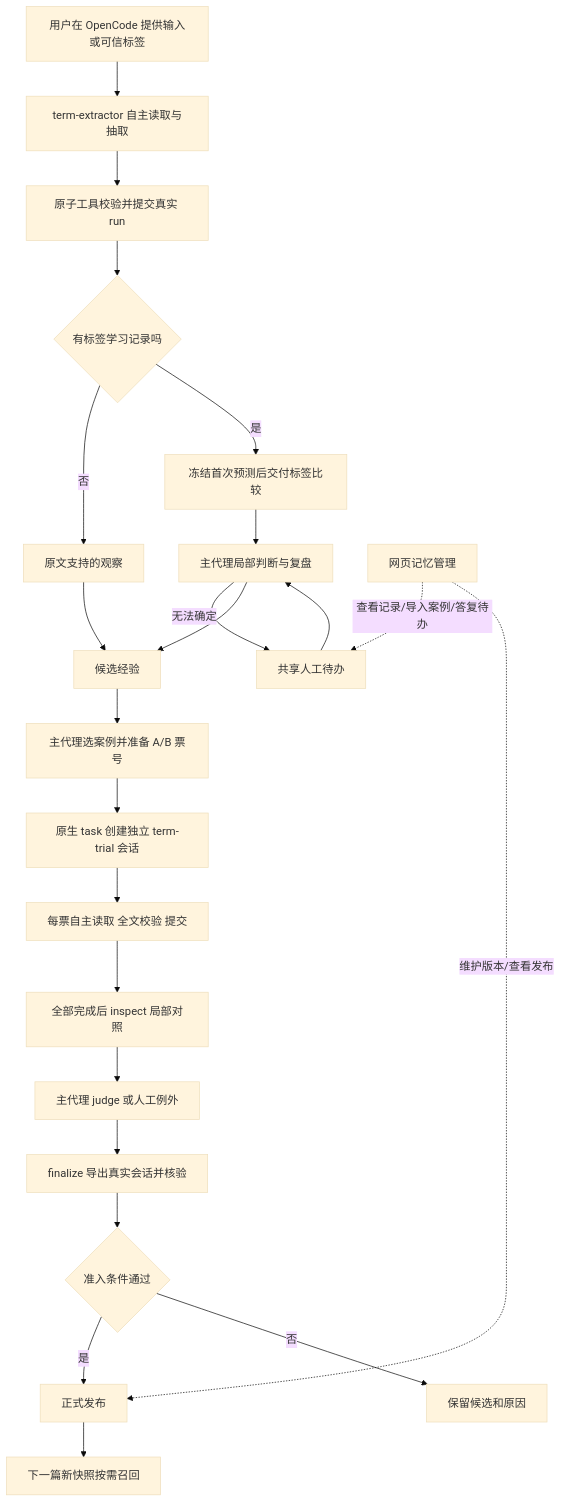
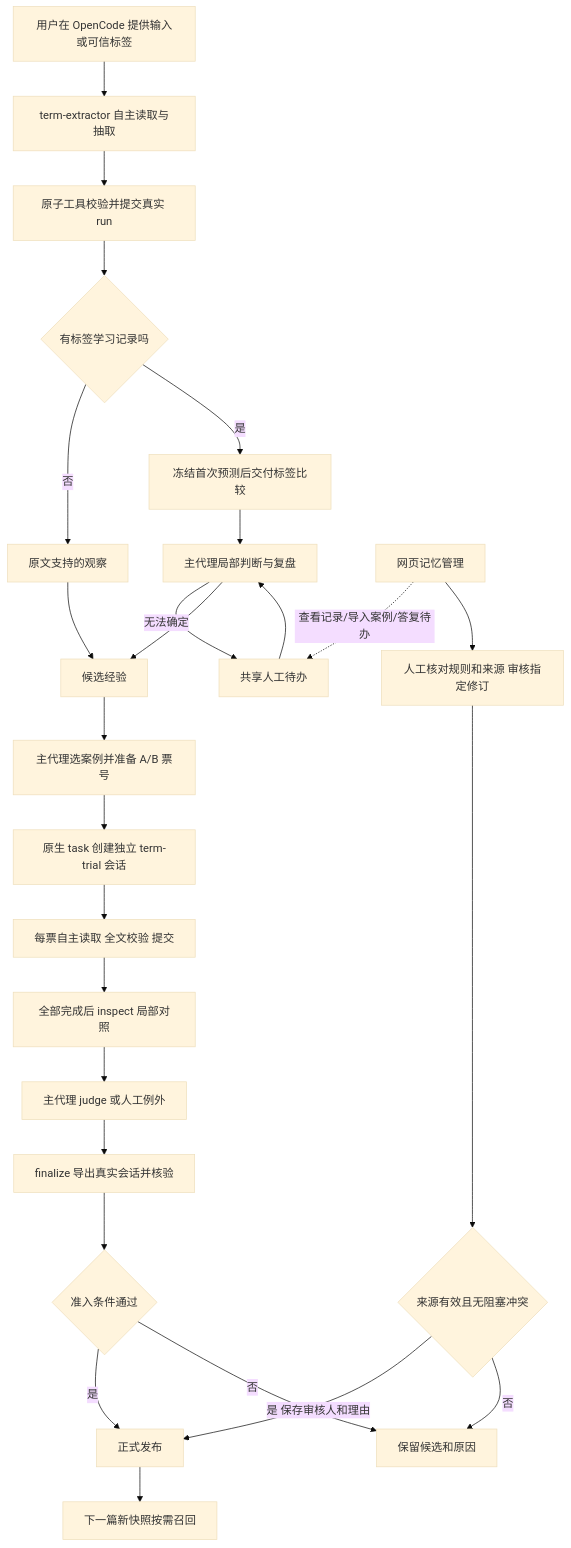
One commit to zza1211/extract_skill_1015 changed the diagram in docs/learning-evolution.md. Above: the diagram before and after it, drawn with Mermaid (base theme). The commit also changed other lines of this file and 21 other files, not shown here.

````diff
--- a/docs/learning-evolution.md
+++ b/docs/learning-evolution.md
@@ -41,25 +41,28 @@
 ```mermaid
 flowchart TD
     A[用户在 OpenCode 提供输入或可信标签] --> B[term-extractor 自主读取与抽取]
     B --> C[原子工具校验并提交真实 run]
     C --> D{有标签学习记录吗}
     D -->|否| E[原文支持的观察]
     D -->|是| F[冻结首次预测后交付标签比较]
     F --> G[主代理局部判断与复盘]
     G -->|无法确定| H[共享人工待办]
     H --> G
     E --> I[候选经验]
     G --> I
     I --> J[主代理选案例并准备 A/B 票号]
     J --> K[原生 task 创建独立 term-trial 会话]
     K --> L[每票自主读取 全文校验 提交]
     L --> M[全部完成后 inspect 局部对照]
     M --> N[主代理 judge 或人工例外]
     N --> O[finalize 导出真实会话并核验]
     O --> P{准入条件通过}
     P -->|是| Q[正式发布]
     P -->|否| R[保留候选和原因]
     Q --> S[下一篇新快照按需召回]
     W[网页记忆管理] -.查看记录/导入案例/答复待办.-> H
-    W -.维护版本/查看发布.-> Q
+    W --> T[人工核对规则和来源 审核指定修订]
+    T --> U{来源有效且无阻塞冲突}
+    U -->|是 保存审核人和理由| Q
+    U -->|否| R
 ```
````
